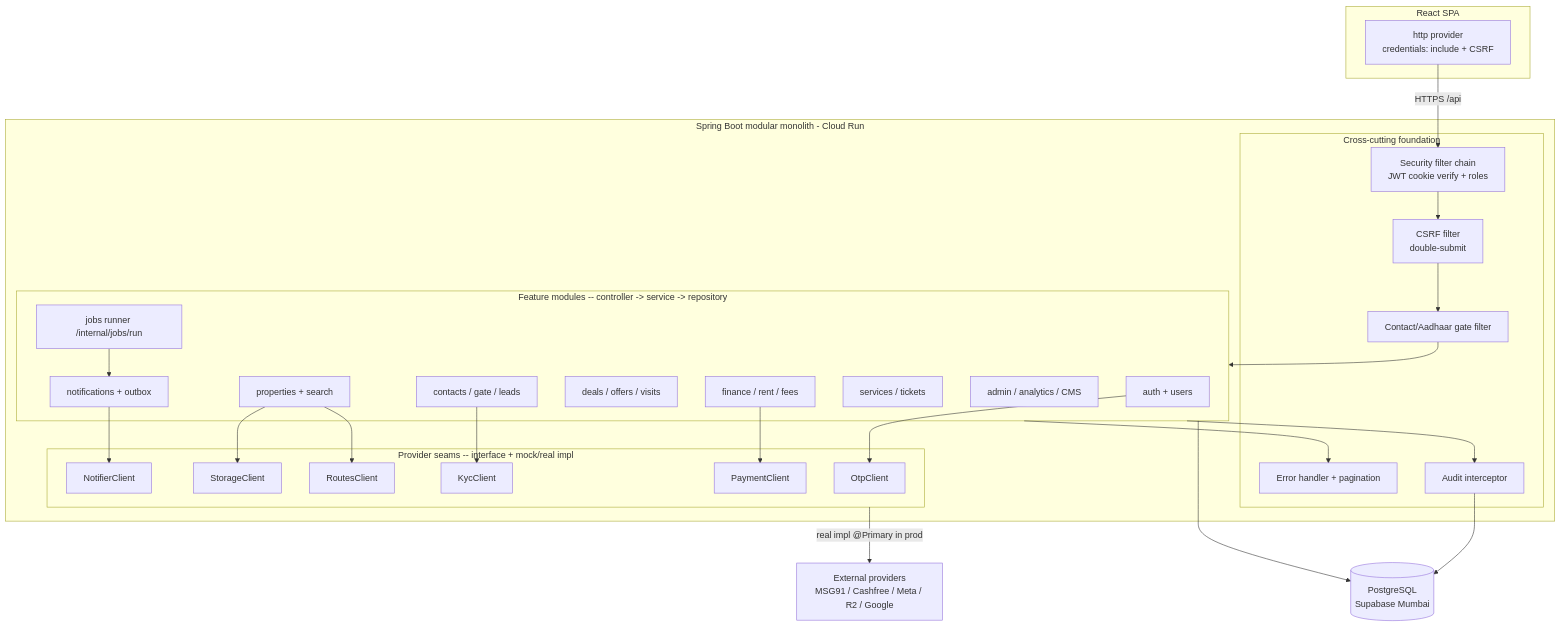
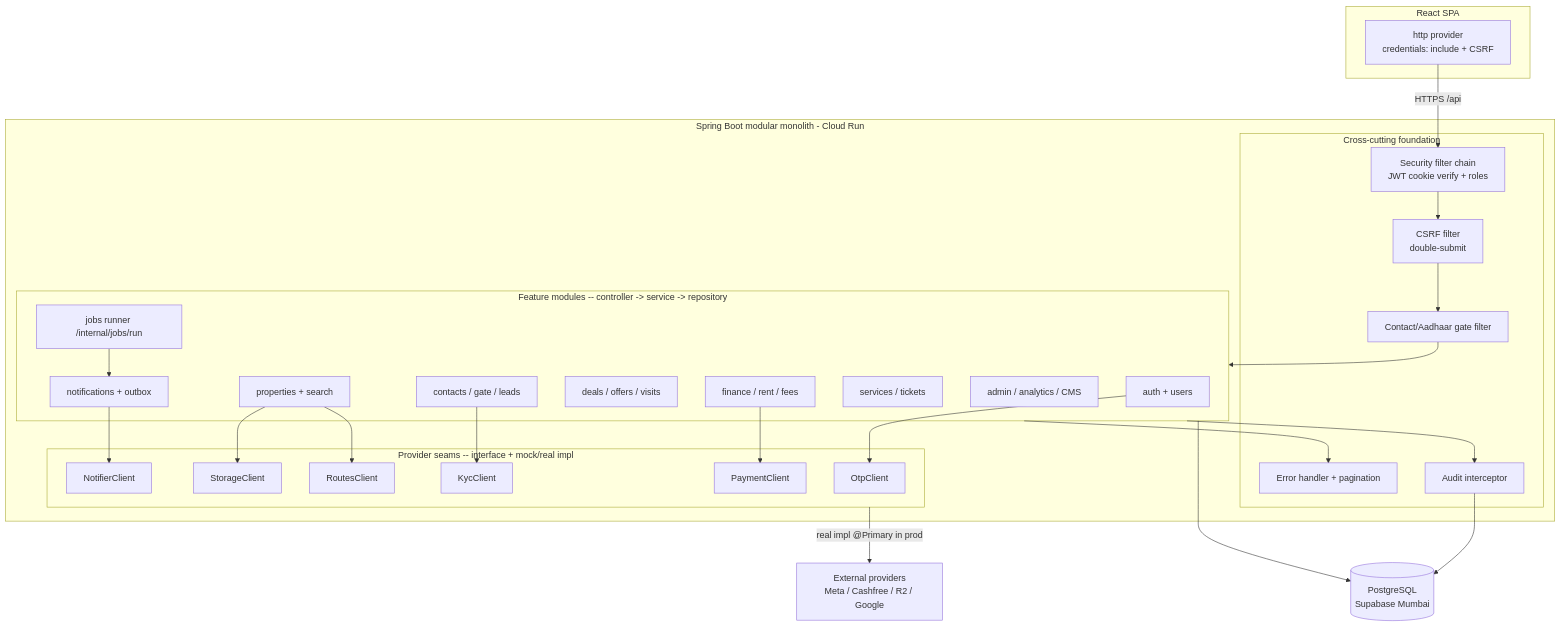
Before and after one commit to yatishpatil101/Learning: the third of 11 diagrams in docs/system/platform-architecture.md, drawn with Mermaid. The commit also changed other lines of this file and 3 other files, not shown here.

````diff
--- a/docs/system/platform-architecture.md
+++ b/docs/system/platform-architecture.md
@@ -264,53 +329,53 @@
 ```mermaid
 graph TB
     subgraph SPA[React SPA]
         HTTP[http provider<br/>credentials: include + CSRF]
     end
 
     subgraph API[Spring Boot modular monolith - Cloud Run]
         subgraph XC[Cross-cutting foundation]
             SEC[Security filter chain<br/>JWT cookie verify + roles]
             CSRF[CSRF filter<br/>double-submit]
             GATE[Contact/Aadhaar gate filter]
             ERR[Error handler + pagination]
             AUD[Audit interceptor]
         end
 
         subgraph FEAT[Feature modules -- controller -> service -> repository]
             AUTHM[auth + users]
             PROP[properties + search]
             CONTACT[contacts / gate / leads]
             DEALS[deals / offers / visits]
             FIN[finance / rent / fees]
             SVC[services / tickets]
             ADMIN[admin / analytics / CMS]
             NOTIF[notifications + outbox]
             JOBS[jobs runner /internal/jobs/run]
         end
 
         subgraph SEAMS[Provider seams -- interface + mock/real impl]
             OTPC[OtpClient]
             KYCC[KycClient]
             PAYC[PaymentClient]
             NOTC[NotifierClient]
             STOC[StorageClient]
             MAPC[RoutesClient]
         end
     end
 
     DB[(PostgreSQL<br/>Supabase Mumbai)]
-    EXT[External providers<br/>MSG91 / Cashfree / Meta / R2 / Google]
+    EXT[External providers<br/>Meta / Cashfree / R2 / Google]
 
     HTTP -->|HTTPS /api| SEC --> CSRF --> GATE --> FEAT
     FEAT --> ERR
     FEAT --> AUD --> DB
     FEAT --> DB
     AUTHM --> OTPC
     CONTACT --> KYCC
     FIN --> PAYC
     NOTIF --> NOTC
     PROP --> STOC
     PROP --> MAPC
     JOBS --> NOTIF
     SEAMS -->|real impl @Primary in prod| EXT
 ```
````
